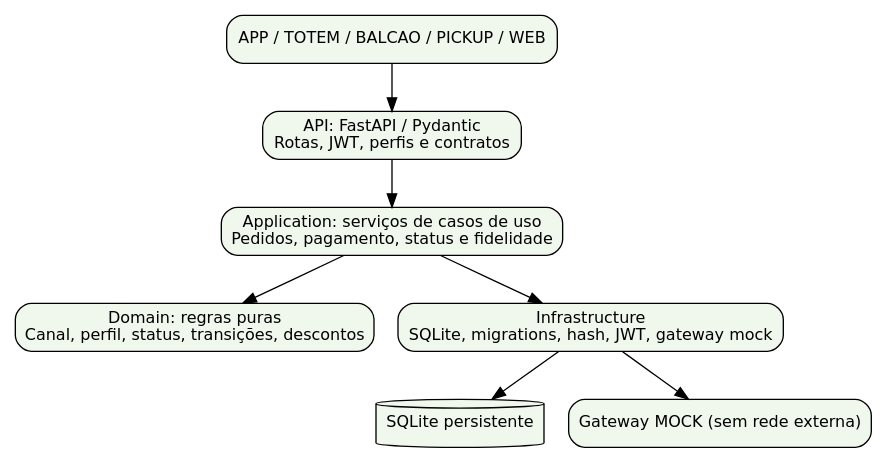
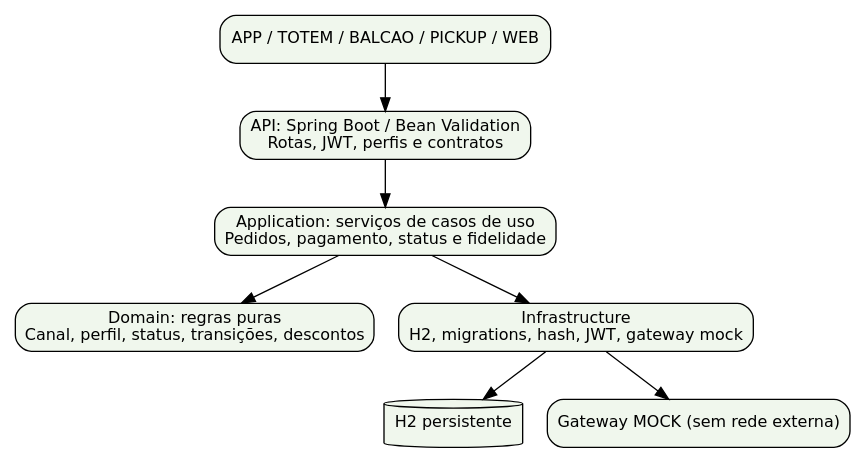
Before and after one commit to jefersonrivaldo/raizes-do-nordeste: the diagram in docs/diagramas/arquitetura.dot, drawn with Graphviz. The commit also changed 76 other files, not shown here.

Commit message:
Migra back-end para Java 21 e Spring Boot

```diff
--- a/docs/diagramas/arquitetura.dot
+++ b/docs/diagramas/arquitetura.dot
@@ -1,11 +1,11 @@
 digraph Arquitetura {
  graph [rankdir=TB,bgcolor="white"]; node [shape=box,fontname="DejaVu Sans",fontsize=12,style="rounded,filled",fillcolor="#f0f7ed"];
  canais [label="APP / TOTEM / BALCAO / PICKUP / WEB"];
- api [label="API: FastAPI / Pydantic\nRotas, JWT, perfis e contratos"];
+ api [label="API: Spring Boot / Bean Validation\nRotas, JWT, perfis e contratos"];
  application [label="Application: serviços de casos de uso\nPedidos, pagamento, status e fidelidade"];
  domain [label="Domain: regras puras\nCanal, perfil, status, transições, descontos"];
- infra [label="Infrastructure\nSQLite, migrations, hash, JWT, gateway mock"];
- db [shape=cylinder,label="SQLite persistente"];
+ infra [label="Infrastructure\nH2, migrations, hash, JWT, gateway mock"];
+ db [shape=cylinder,label="H2 persistente"];
  gateway [label="Gateway MOCK (sem rede externa)"];
  canais -> api;api -> application;application -> domain;application -> infra;infra -> db;infra -> gateway;
 }
```
